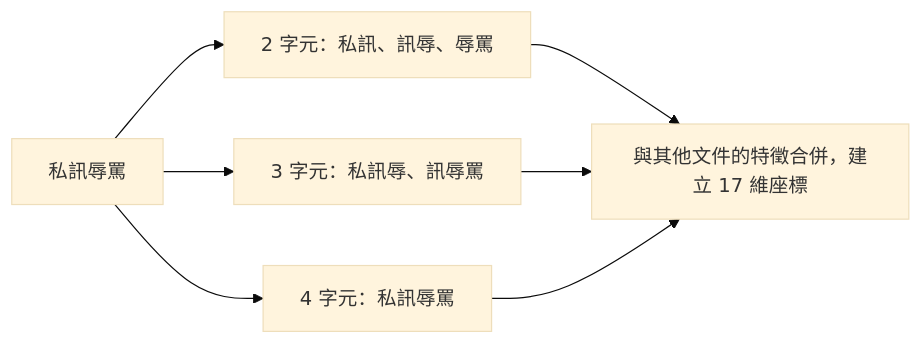
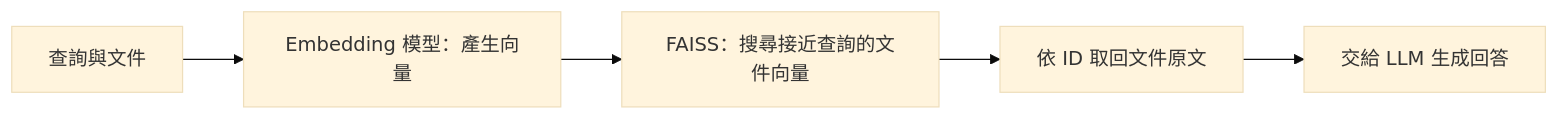
One commit to OohelloworldoO/Paper-Reading-Notes changed the fifth of 6 diagrams in 2026/1012-TF-IDF/README.md. Above: the diagram before and after it, drawn with Mermaid (base theme). The commit also changed other lines of this file and 1 other file, not shown here.

````diff
--- a/2026/1012-TF-IDF/README.md
+++ b/2026/1012-TF-IDF/README.md
@@ -251,9 +183,7 @@
 ```mermaid
 flowchart LR
-    A["私訊辱罵"] --> B["2 字元：私訊、訊辱、辱罵"]
-    A --> C["3 字元：私訊辱、訊辱罵"]
-    A --> D["4 字元：私訊辱罵"]
-    B --> E["與其他文件的特徵合併，建立 17 維座標"]
-    C --> E
-    D --> E
+    A["查詢與文件"] --> B["Embedding 模型：產生向量"]
+    B --> C["FAISS：搜尋接近查詢的文件向量"]
+    C --> D["依 ID 取回文件原文"]
+    D --> E["交給 LLM 生成回答"]
 ```
````
